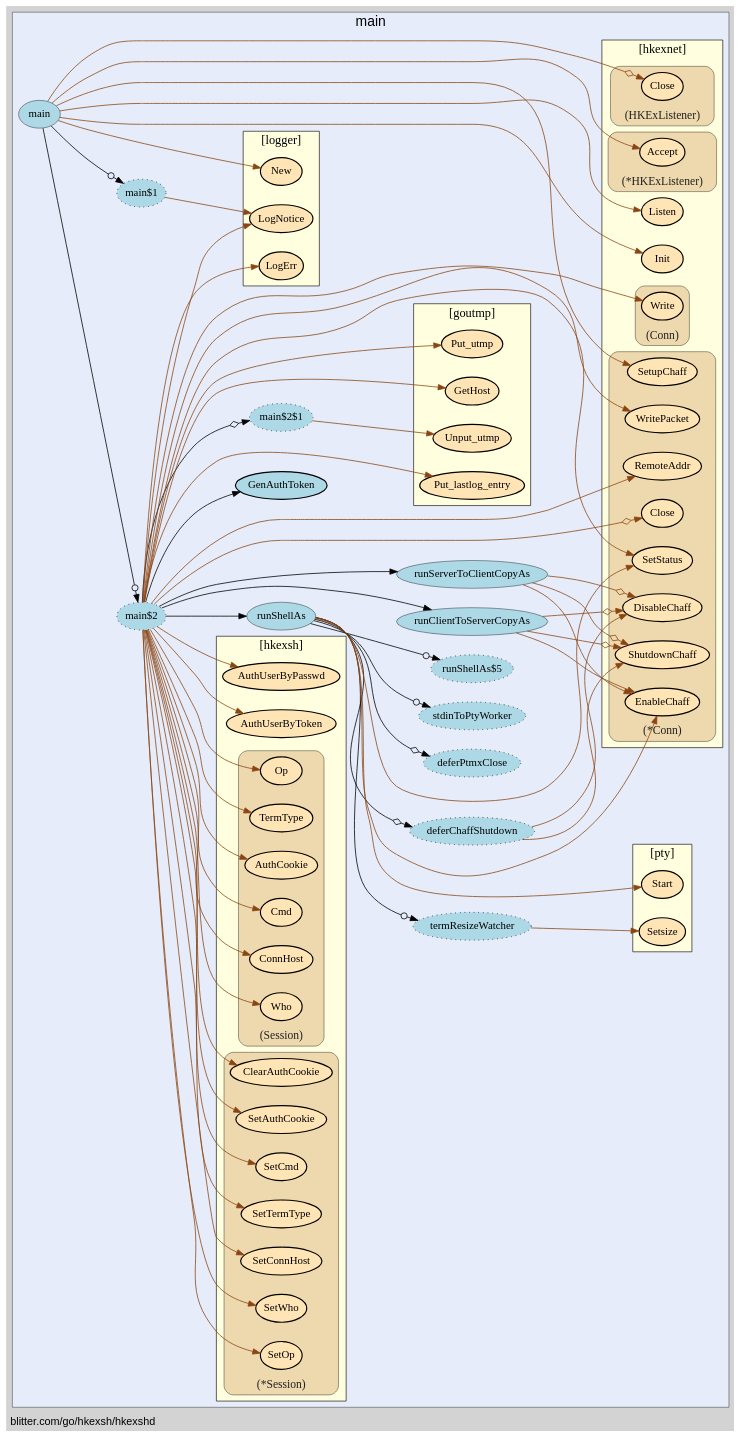
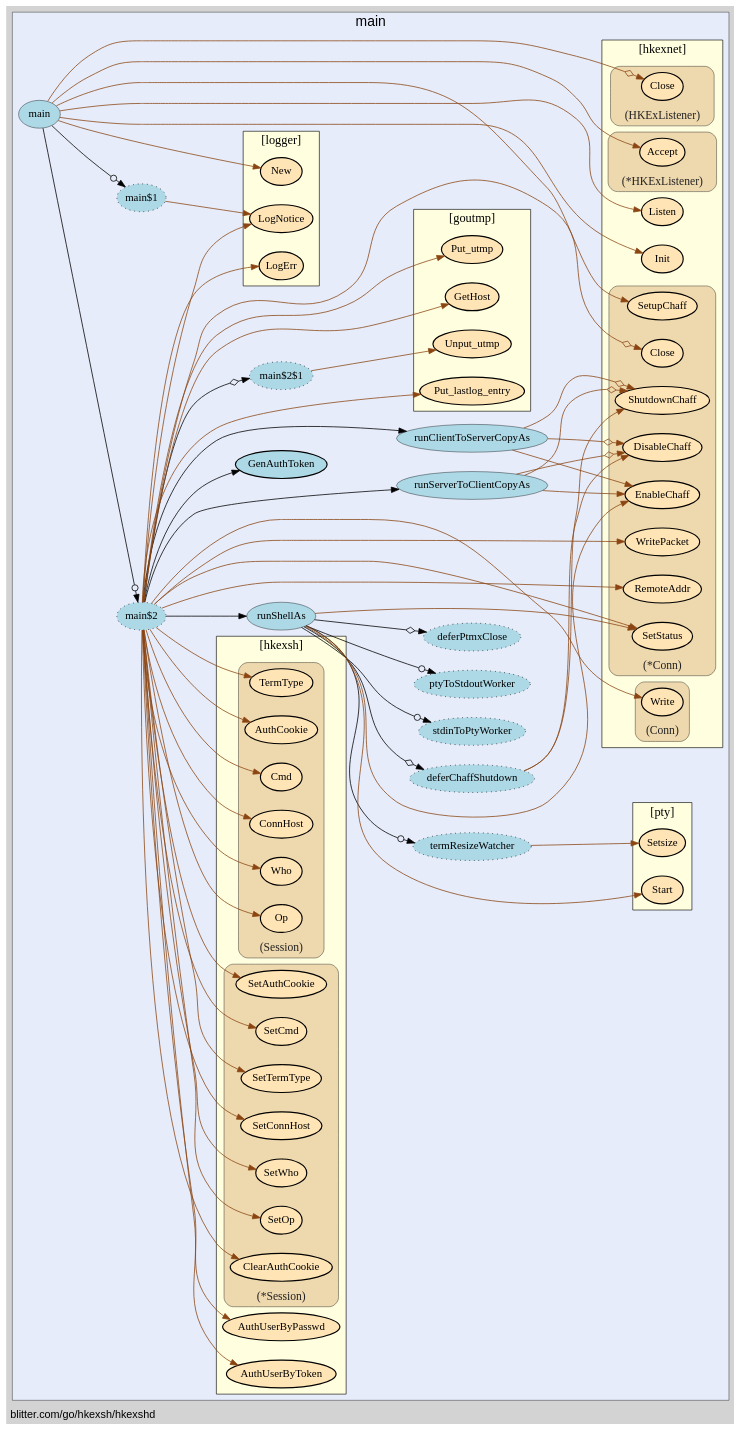
One commit to isgasho/xs changed the diagram in hkexshd/hkexshd-vis.gv. Above: the diagram before and after it, drawn with Graphviz. The commit also changed 5 other files, not shown here.

Commit message:
Fixed graphviz tag for stdinToPtyWorker goroutine

```diff
--- a/hkexshd/hkexshd-vis.gv
+++ b/hkexshd/hkexshd-vis.gv
@@ -14,40 +14,40 @@
     edge [minlen="2"]
 
     subgraph "cluster_focus" {
-        bgcolor="#e6ecfa";
-label="main";
-labelloc="t";
+        labelloc="t";
 labeljust="c";
 fontsize="18";
+bgcolor="#e6ecfa";
+label="main";
         
-        "blitter.com/go/hkexsh/hkexshd.main$1" [ fillcolor="lightblue" label="main$1" style="dotted,filled" ]
+        "blitter.com/go/hkexsh/hkexshd.runShellAs$4" [ fillcolor="lightblue" label="deferChaffShutdown" style="dotted,filled" ]
+        "blitter.com/go/hkexsh/hkexshd.runServerToClientCopyAs" [ label="runServerToClientCopyAs" penwidth="0.5" fillcolor="lightblue" ]
+        "blitter.com/go/hkexsh/hkexshd.runClientToServerCopyAs" [ fillcolor="lightblue" label="runClientToServerCopyAs" penwidth="0.5" ]
         "blitter.com/go/hkexsh/hkexshd.main" [ fillcolor="lightblue" label="main" penwidth="0.5" ]
-        "blitter.com/go/hkexsh/hkexshd.main$2" [ fillcolor="lightblue" label="main$2" style="dotted,filled" ]
+        "blitter.com/go/hkexsh/hkexshd.main$1" [ label="main$1" style="dotted,filled" fillcolor="lightblue" ]
+        "blitter.com/go/hkexsh/hkexshd.main$2" [ label="main$2" style="dotted,filled" fillcolor="lightblue" ]
         "blitter.com/go/hkexsh/hkexshd.GenAuthToken" [ fillcolor="lightblue" label="GenAuthToken" penwidth="1.5" ]
         "blitter.com/go/hkexsh/hkexshd.runShellAs" [ fillcolor="lightblue" label="runShellAs" penwidth="0.5" ]
         "blitter.com/go/hkexsh/hkexshd.runShellAs$1" [ fillcolor="lightblue" label="deferPtmxClose" style="dotted,filled" ]
         "blitter.com/go/hkexsh/hkexshd.runShellAs$2" [ fillcolor="lightblue" label="termResizeWatcher" style="dotted,filled" ]
         "blitter.com/go/hkexsh/hkexshd.runShellAs$3" [ fillcolor="lightblue" label="stdinToPtyWorker" style="dotted,filled" ]
-        "blitter.com/go/hkexsh/hkexshd.runShellAs$4" [ fillcolor="lightblue" label="deferChaffShutdown" style="dotted,filled" ]
-        "blitter.com/go/hkexsh/hkexshd.runShellAs$5" [ fillcolor="lightblue" label="runShellAs$5" style="dotted,filled" ]
+        "blitter.com/go/hkexsh/hkexshd.runShellAs$5" [ fillcolor="lightblue" label="ptyToStdoutWorker" style="dotted,filled" ]
         "blitter.com/go/hkexsh/hkexshd.main$2$1" [ label="main$2$1" style="dotted,filled" fillcolor="lightblue" ]
-        "blitter.com/go/hkexsh/hkexshd.runClientToServerCopyAs" [ penwidth="0.5" fillcolor="lightblue" label="runClientToServerCopyAs" ]
-        "blitter.com/go/hkexsh/hkexshd.runServerToClientCopyAs" [ fillcolor="lightblue" label="runServerToClientCopyAs" penwidth="0.5" ]
         
         subgraph "cluster_blitter.com/go/goutmp" {
-        style="filled";
+        penwidth="0.8";
+fontsize="16";
 fillcolor="lightyellow";
+tooltip="package: blitter.com/go/goutmp";
+style="filled";
+fontname="bold";
+rank="sink";
 label="[goutmp]";
 URL="/?f=blitter.com/go/goutmp";
-tooltip="package: blitter.com/go/goutmp";
-penwidth="0.8";
-fontsize="16";
-fontname="bold";
-rank="sink";
         
         "blitter.com/go/goutmp.GetHost" [ fillcolor="moccasin" label="GetHost" penwidth="1.5" ]
         "blitter.com/go/goutmp.Put_utmp" [ penwidth="1.5" fillcolor="moccasin" label="Put_utmp" ]
-        "blitter.com/go/goutmp.Unput_utmp" [ label="Unput_utmp" penwidth="1.5" fillcolor="moccasin" ]
+        "blitter.com/go/goutmp.Unput_utmp" [ fillcolor="moccasin" label="Unput_utmp" penwidth="1.5" ]
         "blitter.com/go/goutmp.Put_lastlog_entry" [ fillcolor="moccasin" label="Put_lastlog_entry" penwidth="1.5" ]
         
     }
@@ -56,10 +56,10 @@
         style="filled";
 fillcolor="lightyellow";
 label="[hkexsh]";
-tooltip="package: blitter.com/go/hkexsh";
+URL="/?f=blitter.com/go/hkexsh";
 penwidth="0.8";
 fontsize="16";
-URL="/?f=blitter.com/go/hkexsh";
+tooltip="package: blitter.com/go/hkexsh";
 fontname="bold";
 rank="sink";
         
@@ -67,28 +67,8 @@
         "blitter.com/go/hkexsh.AuthUserByPasswd" [ fillcolor="moccasin" label="AuthUserByPasswd" penwidth="1.5" ]
         
         subgraph "cluster_*blitter.com/go/hkexsh.Session" {
-        labelloc="b";
-style="rounded,filled";
-fillcolor="wheat2";
-label="(*Session)";
+        label="(*Session)";
 tooltip="type: *blitter.com/go/hkexsh.Session";
-penwidth="0.5";
-fontsize="15";
-fontcolor="#222222";
-        
-        "(*blitter.com/go/hkexsh.Session).SetOp" [ label="SetOp" penwidth="1.5" fillcolor="moccasin" ]
-        "(*blitter.com/go/hkexsh.Session).SetWho" [ fillcolor="moccasin" label="SetWho" penwidth="1.5" ]
-        "(*blitter.com/go/hkexsh.Session).SetConnHost" [ fillcolor="moccasin" label="SetConnHost" penwidth="1.5" ]
-        "(*blitter.com/go/hkexsh.Session).SetTermType" [ fillcolor="moccasin" label="SetTermType" penwidth="1.5" ]
-        "(*blitter.com/go/hkexsh.Session).SetCmd" [ penwidth="1.5" fillcolor="moccasin" label="SetCmd" ]
-        "(*blitter.com/go/hkexsh.Session).SetAuthCookie" [ fillcolor="moccasin" label="SetAuthCookie" penwidth="1.5" ]
-        "(*blitter.com/go/hkexsh.Session).ClearAuthCookie" [ label="ClearAuthCookie" penwidth="1.5" fillcolor="moccasin" ]
-        
-    }
-
-        subgraph "cluster_blitter.com/go/hkexsh.Session" {
-        label="(Session)";
-tooltip="type: blitter.com/go/hkexsh.Session";
 penwidth="0.5";
 fontsize="15";
 fontcolor="#222222";
@@ -96,11 +76,31 @@
 style="rounded,filled";
 fillcolor="wheat2";
         
-        "(blitter.com/go/hkexsh.Session).Op" [ penwidth="1.5" fillcolor="moccasin" label="Op" ]
+        "(*blitter.com/go/hkexsh.Session).SetOp" [ penwidth="1.5" fillcolor="moccasin" label="SetOp" ]
+        "(*blitter.com/go/hkexsh.Session).SetWho" [ penwidth="1.5" fillcolor="moccasin" label="SetWho" ]
+        "(*blitter.com/go/hkexsh.Session).SetConnHost" [ fillcolor="moccasin" label="SetConnHost" penwidth="1.5" ]
+        "(*blitter.com/go/hkexsh.Session).SetTermType" [ fillcolor="moccasin" label="SetTermType" penwidth="1.5" ]
+        "(*blitter.com/go/hkexsh.Session).SetCmd" [ fillcolor="moccasin" label="SetCmd" penwidth="1.5" ]
+        "(*blitter.com/go/hkexsh.Session).SetAuthCookie" [ label="SetAuthCookie" penwidth="1.5" fillcolor="moccasin" ]
+        "(*blitter.com/go/hkexsh.Session).ClearAuthCookie" [ fillcolor="moccasin" label="ClearAuthCookie" penwidth="1.5" ]
+        
+    }
+
+        subgraph "cluster_blitter.com/go/hkexsh.Session" {
+        fillcolor="wheat2";
+label="(Session)";
+tooltip="type: blitter.com/go/hkexsh.Session";
+penwidth="0.5";
+fontsize="15";
+fontcolor="#222222";
+labelloc="b";
+style="rounded,filled";
+        
+        "(blitter.com/go/hkexsh.Session).Op" [ label="Op" penwidth="1.5" fillcolor="moccasin" ]
         "(blitter.com/go/hkexsh.Session).Who" [ fillcolor="moccasin" label="Who" penwidth="1.5" ]
         "(blitter.com/go/hkexsh.Session).ConnHost" [ fillcolor="moccasin" label="ConnHost" penwidth="1.5" ]
-        "(blitter.com/go/hkexsh.Session).Cmd" [ fillcolor="moccasin" label="Cmd" penwidth="1.5" ]
-        "(blitter.com/go/hkexsh.Session).AuthCookie" [ fillcolor="moccasin" label="AuthCookie" penwidth="1.5" ]
+        "(blitter.com/go/hkexsh.Session).Cmd" [ label="Cmd" penwidth="1.5" fillcolor="moccasin" ]
+        "(blitter.com/go/hkexsh.Session).AuthCookie" [ label="AuthCookie" penwidth="1.5" fillcolor="moccasin" ]
         "(blitter.com/go/hkexsh.Session).TermType" [ fillcolor="moccasin" label="TermType" penwidth="1.5" ]
         
     }
@@ -108,18 +108,18 @@
     }
 
         subgraph "cluster_blitter.com/go/hkexsh/hkexnet" {
-        tooltip="package: blitter.com/go/hkexsh/hkexnet";
-fontname="bold";
-rank="sink";
+        rank="sink";
 label="[hkexnet]";
-fillcolor="lightyellow";
 URL="/?f=blitter.com/go/hkexsh/hkexnet";
+tooltip="package: blitter.com/go/hkexsh/hkexnet";
 penwidth="0.8";
 fontsize="16";
 style="filled";
+fillcolor="lightyellow";
+fontname="bold";
         
-        "blitter.com/go/hkexsh/hkexnet.Init" [ label="Init" penwidth="1.5" fillcolor="moccasin" ]
-        "blitter.com/go/hkexsh/hkexnet.Listen" [ fillcolor="moccasin" label="Listen" penwidth="1.5" ]
+        "blitter.com/go/hkexsh/hkexnet.Init" [ fillcolor="moccasin" label="Init" penwidth="1.5" ]
+        "blitter.com/go/hkexsh/hkexnet.Listen" [ label="Listen" penwidth="1.5" fillcolor="moccasin" ]
         
         subgraph "cluster_*blitter.com/go/hkexsh/hkexnet.Conn" {
         style="rounded,filled";
@@ -131,54 +131,54 @@
 fontcolor="#222222";
 labelloc="b";
         
+        "(*blitter.com/go/hkexsh/hkexnet.Conn).DisableChaff" [ fillcolor="moccasin" label="DisableChaff" penwidth="1.5" ]
+        "(*blitter.com/go/hkexsh/hkexnet.Conn).ShutdownChaff" [ fillcolor="moccasin" label="ShutdownChaff" penwidth="1.5" ]
+        "(*blitter.com/go/hkexsh/hkexnet.Conn).EnableChaff" [ penwidth="1.5" fillcolor="moccasin" label="EnableChaff" ]
         "(*blitter.com/go/hkexsh/hkexnet.Conn).SetupChaff" [ fillcolor="moccasin" label="SetupChaff" penwidth="1.5" ]
         "(*blitter.com/go/hkexsh/hkexnet.Conn).Close" [ fillcolor="moccasin" label="Close" penwidth="1.5" ]
-        "(*blitter.com/go/hkexsh/hkexnet.Conn).RemoteAddr" [ label="RemoteAddr" penwidth="1.5" fillcolor="moccasin" ]
-        "(*blitter.com/go/hkexsh/hkexnet.Conn).EnableChaff" [ fillcolor="moccasin" label="EnableChaff" penwidth="1.5" ]
-        "(*blitter.com/go/hkexsh/hkexnet.Conn).DisableChaff" [ fillcolor="moccasin" label="DisableChaff" penwidth="1.5" ]
-        "(*blitter.com/go/hkexsh/hkexnet.Conn).ShutdownChaff" [ fillcolor="moccasin" label="ShutdownChaff" penwidth="1.5" ]
+        "(*blitter.com/go/hkexsh/hkexnet.Conn).RemoteAddr" [ fillcolor="moccasin" label="RemoteAddr" penwidth="1.5" ]
         "(*blitter.com/go/hkexsh/hkexnet.Conn).SetStatus" [ fillcolor="moccasin" label="SetStatus" penwidth="1.5" ]
         "(*blitter.com/go/hkexsh/hkexnet.Conn).WritePacket" [ fillcolor="moccasin" label="WritePacket" penwidth="1.5" ]
         
     }
 
         subgraph "cluster_*blitter.com/go/hkexsh/hkexnet.HKExListener" {
-        label="(*HKExListener)";
-tooltip="type: *blitter.com/go/hkexsh/hkexnet.HKExListener";
-penwidth="0.5";
-fontsize="15";
+        fontsize="15";
 fontcolor="#222222";
 labelloc="b";
 style="rounded,filled";
 fillcolor="wheat2";
+label="(*HKExListener)";
+tooltip="type: *blitter.com/go/hkexsh/hkexnet.HKExListener";
+penwidth="0.5";
         
-        "(*blitter.com/go/hkexsh/hkexnet.HKExListener).Accept" [ label="Accept" penwidth="1.5" fillcolor="moccasin" ]
+        "(*blitter.com/go/hkexsh/hkexnet.HKExListener).Accept" [ fillcolor="moccasin" label="Accept" penwidth="1.5" ]
         
     }
 
         subgraph "cluster_blitter.com/go/hkexsh/hkexnet.Conn" {
-        fillcolor="wheat2";
+        style="rounded,filled";
+fillcolor="wheat2";
 label="(Conn)";
 tooltip="type: blitter.com/go/hkexsh/hkexnet.Conn";
 penwidth="0.5";
 fontsize="15";
 fontcolor="#222222";
 labelloc="b";
-style="rounded,filled";
         
-        "(blitter.com/go/hkexsh/hkexnet.Conn).Write" [ fillcolor="moccasin" label="Write" penwidth="1.5" ]
+        "(blitter.com/go/hkexsh/hkexnet.Conn).Write" [ label="Write" penwidth="1.5" fillcolor="moccasin" ]
         
     }
 
         subgraph "cluster_blitter.com/go/hkexsh/hkexnet.HKExListener" {
-        style="rounded,filled";
+        penwidth="0.5";
+fontsize="15";
+fontcolor="#222222";
+labelloc="b";
+style="rounded,filled";
 fillcolor="wheat2";
 label="(HKExListener)";
 tooltip="type: blitter.com/go/hkexsh/hkexnet.HKExListener";
-penwidth="0.5";
-fontsize="15";
-fontcolor="#222222";
-labelloc="b";
         
         "(blitter.com/go/hkexsh/hkexnet.HKExListener).Close" [ fillcolor="moccasin" label="Close" penwidth="1.5" ]
         
@@ -187,32 +187,32 @@
     }
 
         subgraph "cluster_blitter.com/go/hkexsh/logger" {
-        penwidth="0.8";
-fontsize="16";
+        URL="/?f=blitter.com/go/hkexsh/logger";
+tooltip="package: blitter.com/go/hkexsh/logger";
+penwidth="0.8";
 style="filled";
+fontname="bold";
 rank="sink";
 label="[logger]";
-URL="/?f=blitter.com/go/hkexsh/logger";
+fontsize="16";
 fillcolor="lightyellow";
-fontname="bold";
-tooltip="package: blitter.com/go/hkexsh/logger";
         
-        "blitter.com/go/hkexsh/logger.LogNotice" [ fillcolor="moccasin" label="LogNotice" penwidth="1.5" ]
-        "blitter.com/go/hkexsh/logger.New" [ fillcolor="moccasin" label="New" penwidth="1.5" ]
+        "blitter.com/go/hkexsh/logger.New" [ penwidth="1.5" fillcolor="moccasin" label="New" ]
+        "blitter.com/go/hkexsh/logger.LogNotice" [ penwidth="1.5" fillcolor="moccasin" label="LogNotice" ]
         "blitter.com/go/hkexsh/logger.LogErr" [ fillcolor="moccasin" label="LogErr" penwidth="1.5" ]
         
     }
 
         subgraph "cluster_github.com/kr/pty" {
-        fillcolor="lightyellow";
-rank="sink";
+        fontname="bold";
+label="[pty]";
+URL="/?f=github.com/kr/pty";
 tooltip="package: github.com/kr/pty";
 penwidth="0.8";
+style="filled";
+fillcolor="lightyellow";
+rank="sink";
 fontsize="16";
-style="filled";
-fontname="bold";
-label="[pty]";
-URL="/?f=github.com/kr/pty";
         
         "github.com/kr/pty.Start" [ fillcolor="moccasin" label="Start" penwidth="1.5" ]
         "github.com/kr/pty.Setsize" [ fillcolor="moccasin" label="Setsize" penwidth="1.5" ]
@@ -221,9 +221,17 @@
 
     }
 
-    "blitter.com/go/hkexsh/hkexshd.main$1" -> "blitter.com/go/hkexsh/logger.LogNotice" [ color="saddlebrown" ]
+    "blitter.com/go/hkexsh/hkexshd.runShellAs$4" -> "(*blitter.com/go/hkexsh/hkexnet.Conn).DisableChaff" [ color="saddlebrown" ]
+    "blitter.com/go/hkexsh/hkexshd.runShellAs$4" -> "(*blitter.com/go/hkexsh/hkexnet.Conn).ShutdownChaff" [ color="saddlebrown" ]
+    "blitter.com/go/hkexsh/hkexshd.runServerToClientCopyAs" -> "(*blitter.com/go/hkexsh/hkexnet.Conn).EnableChaff" [ color="saddlebrown" ]
+    "blitter.com/go/hkexsh/hkexshd.runServerToClientCopyAs" -> "(*blitter.com/go/hkexsh/hkexnet.Conn).DisableChaff" [ arrowhead="normalnoneodiamond" color="saddlebrown" ]
+    "blitter.com/go/hkexsh/hkexshd.runServerToClientCopyAs" -> "(*blitter.com/go/hkexsh/hkexnet.Conn).ShutdownChaff" [ arrowhead="normalnoneodiamond" color="saddlebrown" ]
+    "blitter.com/go/hkexsh/hkexshd.runClientToServerCopyAs" -> "(*blitter.com/go/hkexsh/hkexnet.Conn).EnableChaff" [ color="saddlebrown" ]
+    "blitter.com/go/hkexsh/hkexshd.runClientToServerCopyAs" -> "(*blitter.com/go/hkexsh/hkexnet.Conn).DisableChaff" [ arrowhead="normalnoneodiamond" color="saddlebrown" ]
+    "blitter.com/go/hkexsh/hkexshd.runClientToServerCopyAs" -> "(*blitter.com/go/hkexsh/hkexnet.Conn).ShutdownChaff" [ color="saddlebrown" arrowhead="normalnoneodiamond" ]
     "blitter.com/go/hkexsh/hkexshd.main" -> "blitter.com/go/hkexsh/logger.New" [ color="saddlebrown" ]
     "blitter.com/go/hkexsh/hkexshd.main" -> "blitter.com/go/hkexsh/hkexnet.Init" [ color="saddlebrown" ]
+    "blitter.com/go/hkexsh/hkexshd.main$1" -> "blitter.com/go/hkexsh/logger.LogNotice" [ color="saddlebrown" ]
     "blitter.com/go/hkexsh/hkexshd.main" -> "blitter.com/go/hkexsh/hkexshd.main$1" [ arrowhead="normalnoneodot" ]
     "blitter.com/go/hkexsh/hkexshd.main" -> "blitter.com/go/hkexsh/hkexnet.Listen" [ color="saddlebrown" ]
     "blitter.com/go/hkexsh/hkexshd.main" -> "(blitter.com/go/hkexsh/hkexnet.HKExListener).Close" [ arrowhead="normalnoneodiamond" color="saddlebrown" ]
@@ -256,8 +264,6 @@
     "blitter.com/go/hkexsh/hkexshd.runShellAs" -> "blitter.com/go/hkexsh/hkexshd.runShellAs$2" [ arrowhead="normalnoneodot" ]
     "blitter.com/go/hkexsh/hkexshd.runShellAs" -> "blitter.com/go/hkexsh/hkexshd.runShellAs$3" [ arrowhead="normalnoneodot" ]
     "blitter.com/go/hkexsh/hkexshd.runShellAs" -> "(*blitter.com/go/hkexsh/hkexnet.Conn).EnableChaff" [ color="saddlebrown" ]
-    "blitter.com/go/hkexsh/hkexshd.runShellAs$4" -> "(*blitter.com/go/hkexsh/hkexnet.Conn).DisableChaff" [ color="saddlebrown" ]
-    "blitter.com/go/hkexsh/hkexshd.runShellAs$4" -> "(*blitter.com/go/hkexsh/hkexnet.Conn).ShutdownChaff" [ color="saddlebrown" ]
     "blitter.com/go/hkexsh/hkexshd.runShellAs" -> "blitter.com/go/hkexsh/hkexshd.runShellAs$4" [ arrowhead="normalnoneodiamond" ]
     "blitter.com/go/hkexsh/hkexshd.runShellAs" -> "blitter.com/go/hkexsh/hkexshd.runShellAs$5" [ arrowhead="normalnoneodot" ]
     "blitter.com/go/hkexsh/hkexshd.runShellAs" -> "(*blitter.com/go/hkexsh/hkexnet.Conn).SetStatus" [ color="saddlebrown" ]
@@ -268,14 +274,8 @@
     "blitter.com/go/hkexsh/hkexshd.main$2$1" -> "blitter.com/go/goutmp.Unput_utmp" [ color="saddlebrown" ]
     "blitter.com/go/hkexsh/hkexshd.main$2" -> "blitter.com/go/hkexsh/hkexshd.main$2$1" [ arrowhead="normalnoneodiamond" ]
     "blitter.com/go/hkexsh/hkexshd.main$2" -> "blitter.com/go/goutmp.Put_lastlog_entry" [ color="saddlebrown" ]
-    "blitter.com/go/hkexsh/hkexshd.runClientToServerCopyAs" -> "(*blitter.com/go/hkexsh/hkexnet.Conn).EnableChaff" [ color="saddlebrown" ]
-    "blitter.com/go/hkexsh/hkexshd.runClientToServerCopyAs" -> "(*blitter.com/go/hkexsh/hkexnet.Conn).DisableChaff" [ arrowhead="normalnoneodiamond" color="saddlebrown" ]
-    "blitter.com/go/hkexsh/hkexshd.runClientToServerCopyAs" -> "(*blitter.com/go/hkexsh/hkexnet.Conn).ShutdownChaff" [ arrowhead="normalnoneodiamond" color="saddlebrown" ]
     "blitter.com/go/hkexsh/hkexshd.main$2" -> "blitter.com/go/hkexsh/hkexshd.runClientToServerCopyAs" [  ]
     "blitter.com/go/hkexsh/hkexshd.main$2" -> "(*blitter.com/go/hkexsh/hkexnet.Conn).WritePacket" [ color="saddlebrown" ]
-    "blitter.com/go/hkexsh/hkexshd.runServerToClientCopyAs" -> "(*blitter.com/go/hkexsh/hkexnet.Conn).EnableChaff" [ color="saddlebrown" ]
-    "blitter.com/go/hkexsh/hkexshd.runServerToClientCopyAs" -> "(*blitter.com/go/hkexsh/hkexnet.Conn).DisableChaff" [ arrowhead="normalnoneodiamond" color="saddlebrown" ]
-    "blitter.com/go/hkexsh/hkexshd.runServerToClientCopyAs" -> "(*blitter.com/go/hkexsh/hkexnet.Conn).ShutdownChaff" [ arrowhead="normalnoneodiamond" color="saddlebrown" ]
     "blitter.com/go/hkexsh/hkexshd.main$2" -> "blitter.com/go/hkexsh/hkexshd.runServerToClientCopyAs" [  ]
     "blitter.com/go/hkexsh/hkexshd.main" -> "blitter.com/go/hkexsh/hkexshd.main$2" [ arrowhead="normalnoneodot" ]
 }
```
